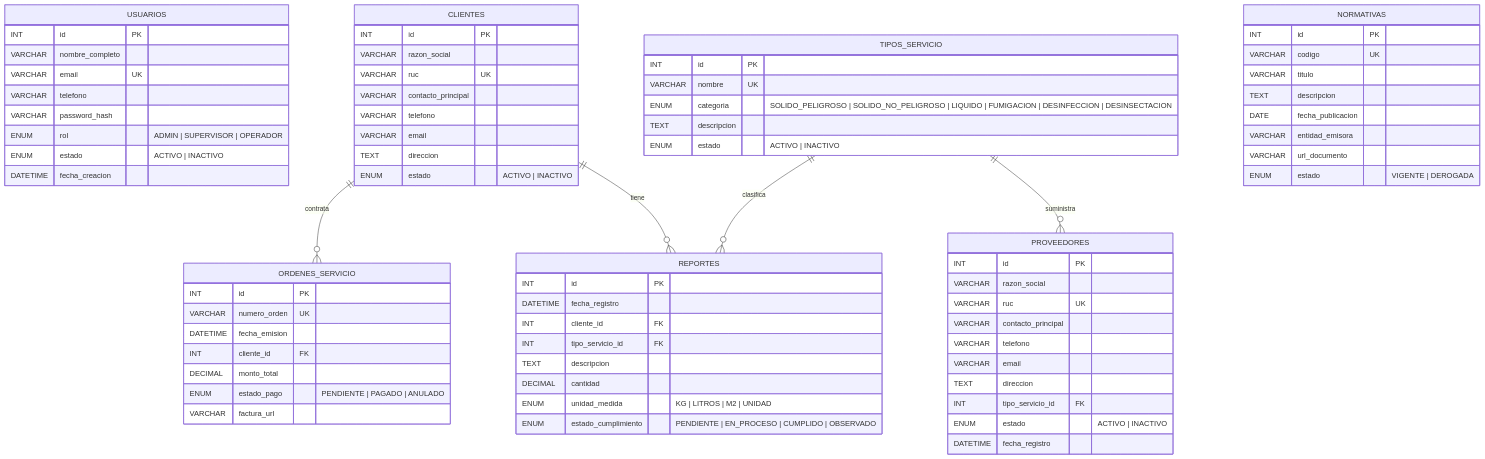
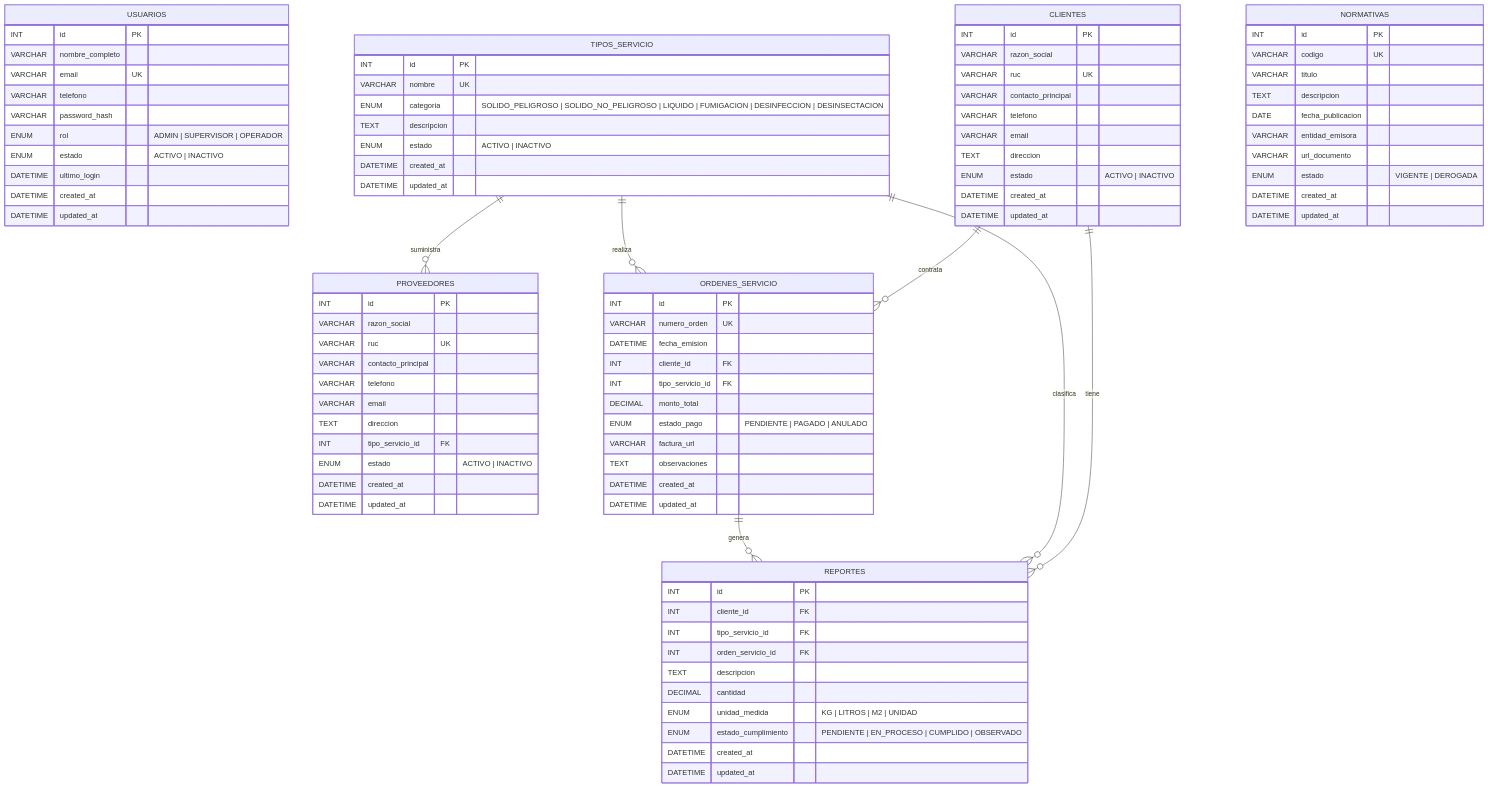
Before and after one commit to Alessandro-BS/Econexus-Backend: the first of 2 diagrams in README.md, drawn with Mermaid. The commit also changed other lines of this file and 8 other files, not shown here.

````diff
--- a/README.md
+++ b/README.md
@@ -76,7 +85,9 @@
         VARCHAR password_hash
         ENUM rol "ADMIN | SUPERVISOR | OPERADOR"
         ENUM estado "ACTIVO | INACTIVO"
-        DATETIME fecha_creacion
+        DATETIME ultimo_login
+        DATETIME created_at
+        DATETIME updated_at
     }
 
     CLIENTES {
@@ -88,6 +99,8 @@
         VARCHAR email
         TEXT direccion
         ENUM estado "ACTIVO | INACTIVO"
+        DATETIME created_at
+        DATETIME updated_at
     }
 
     TIPOS_SERVICIO {
@@ -96,6 +109,8 @@
         ENUM categoria "SOLIDO_PELIGROSO | SOLIDO_NO_PELIGROSO | LIQUIDO | FUMIGACION | DESINFECCION | DESINSECTACION"
         TEXT descripcion
         ENUM estado "ACTIVO | INACTIVO"
+        DATETIME created_at
+        DATETIME updated_at
     }
 
     PROVEEDORES {
@@ -108,7 +123,8 @@
         TEXT direccion
         INT tipo_servicio_id FK
         ENUM estado "ACTIVO | INACTIVO"
-        DATETIME fecha_registro
+        DATETIME created_at
+        DATETIME updated_at
     }
 
     ORDENES_SERVICIO {
@@ -116,20 +132,26 @@
         VARCHAR numero_orden UK
         DATETIME fecha_emision
         INT cliente_id FK
+        INT tipo_servicio_id FK
         DECIMAL monto_total
         ENUM estado_pago "PENDIENTE | PAGADO | ANULADO"
         VARCHAR factura_url
+        TEXT observaciones
+        DATETIME created_at
+        DATETIME updated_at
     }
 
     REPORTES {
         INT id PK
-        DATETIME fecha_registro
         INT cliente_id FK
         INT tipo_servicio_id FK
+        INT orden_servicio_id FK
         TEXT descripcion
         DECIMAL cantidad
         ENUM unidad_medida "KG | LITROS | M2 | UNIDAD"
         ENUM estado_cumplimiento "PENDIENTE | EN_PROCESO | CUMPLIDO | OBSERVADO"
+        DATETIME created_at
+        DATETIME updated_at
     }
 
     NORMATIVAS {
@@ -141,10 +163,14 @@
         VARCHAR entidad_emisora
         VARCHAR url_documento
         ENUM estado "VIGENTE | DEROGADA"
+        DATETIME created_at
+        DATETIME updated_at
     }
 
     CLIENTES ||--o{ ORDENES_SERVICIO : "contrata"
     CLIENTES ||--o{ REPORTES : "tiene"
     TIPOS_SERVICIO ||--o{ PROVEEDORES : "suministra"
+    TIPOS_SERVICIO ||--o{ ORDENES_SERVICIO : "realiza"
     TIPOS_SERVICIO ||--o{ REPORTES : "clasifica"
+    ORDENES_SERVICIO ||--o{ REPORTES : "genera"
 ```
````
